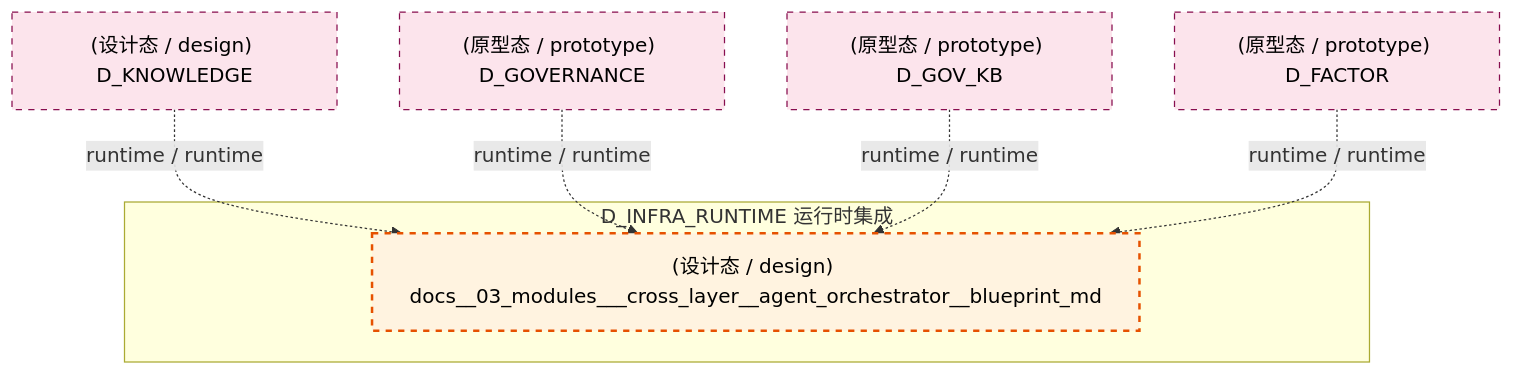
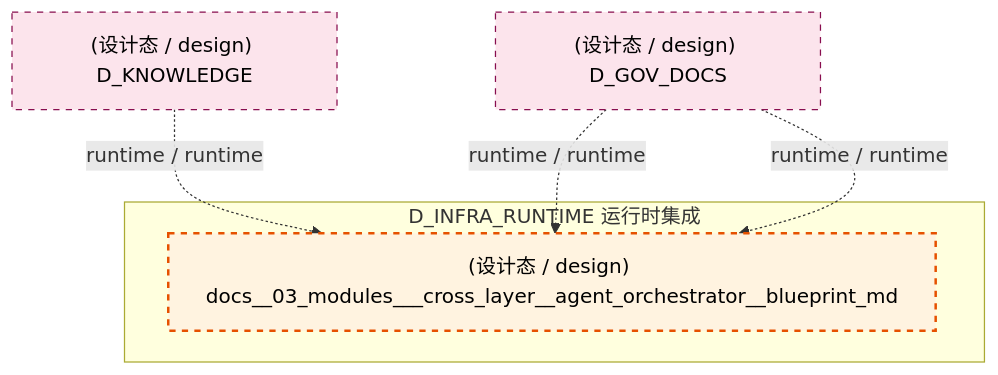
Before and after one commit to xuanFelixVan/ZephyrAlpha: diagram 13 of 15 in docs/02_enterprise_architecture/02_domain_architecture_docs/04_d_infra_runtime.md, drawn with Mermaid. The commit also changed other lines of this file and 126 other files, not shown here.

````diff
--- a/docs/02_enterprise_architecture/02_domain_architecture_docs/04_d_infra_runtime.md
+++ b/docs/02_enterprise_architecture/02_domain_architecture_docs/04_d_infra_runtime.md
@@ -1715,20 +1711,17 @@
 ```mermaid
 graph TD
     subgraph D_INFRA_RUNTIME["D_INFRA_RUNTIME 运行时集成"]
         docs_03_modules_cross_layer_agent_orchestrator_blueprint_md["(设计态 / design) docs__03_modules___cross_layer__agent_orchestrator__blueprint_md"]
     end
     D_KNOWLEDGE["(设计态 / design) D_KNOWLEDGE"]
     D_KNOWLEDGE -.->|runtime / runtime| docs_03_modules_cross_layer_agent_orchestrator_blueprint_md
-    D_GOVERNANCE["(原型态 / prototype) D_GOVERNANCE"]
-    D_GOVERNANCE -.->|runtime / runtime| docs_03_modules_cross_layer_agent_orchestrator_blueprint_md
-    D_GOV_KB["(原型态 / prototype) D_GOV_KB"]
-    D_GOV_KB -.->|runtime / runtime| docs_03_modules_cross_layer_agent_orchestrator_blueprint_md
-    D_FACTOR["(原型态 / prototype) D_FACTOR"]
-    D_FACTOR -.->|runtime / runtime| docs_03_modules_cross_layer_agent_orchestrator_blueprint_md
+    D_GOV_DOCS["(设计态 / design) D_GOV_DOCS"]
+    D_GOV_DOCS -.->|runtime / runtime| docs_03_modules_cross_layer_agent_orchestrator_blueprint_md
+    D_GOV_DOCS -.->|runtime / runtime| docs_03_modules_cross_layer_agent_orchestrator_blueprint_md
     classDef production fill:#e1f5fe,stroke:#01579b,stroke-width:2px,color:#000
     classDef design fill:#fff3e0,stroke:#e65100,stroke-width:2px,color:#000,stroke-dasharray: 5 5
     classDef external_prod fill:#e8f5e9,stroke:#1b5e20,stroke-width:1px,color:#000
     classDef external_design fill:#fce4ec,stroke:#880e4f,stroke-width:1px,color:#000,stroke-dasharray: 5 5
     class docs_03_modules_cross_layer_agent_orchestrator_blueprint_md design
-    class D_KNOWLEDGE,D_GOVERNANCE,D_GOV_KB,D_FACTOR external_design
+    class D_KNOWLEDGE,D_GOV_DOCS external_design
 ```
````
